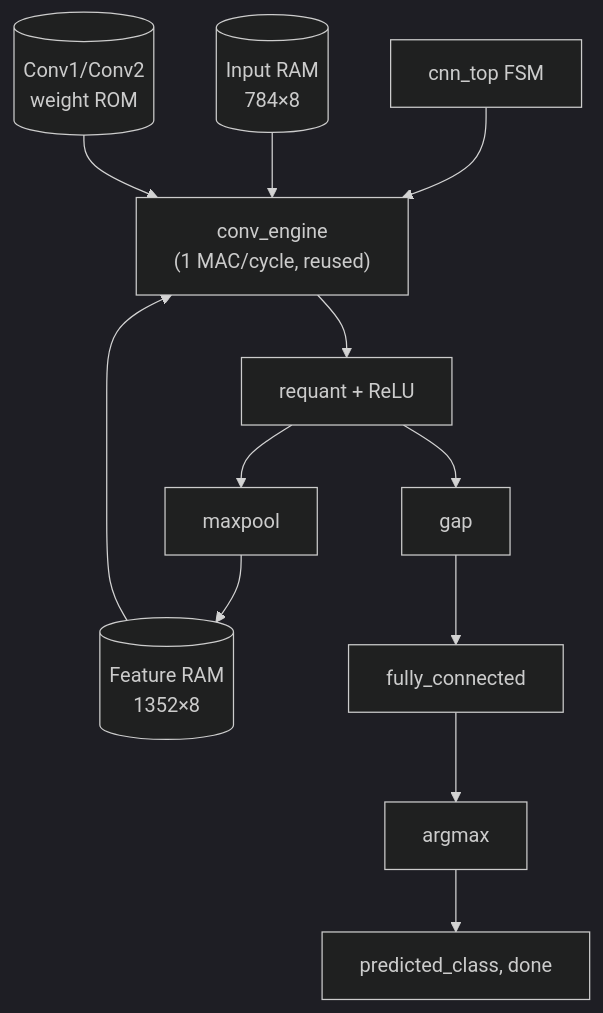
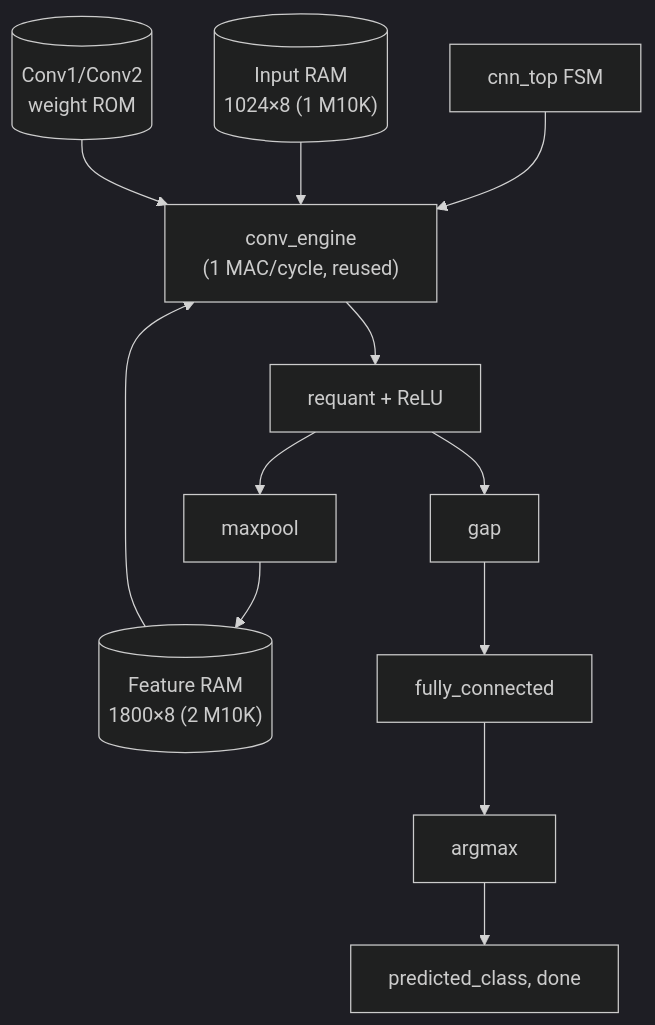
One commit to Neyozora/FPGA_MIDTERM_ERSHA_2027 changed the third of 3 diagrams in README.md. Above: the diagram before and after it, drawn with Mermaid (dark theme). The commit also changed other lines of this file and 17 other files, not shown here.

````diff
--- a/README.md
+++ b/README.md
@@ -239,10 +243,10 @@
 ```mermaid
 flowchart TB
     FSM["cnn_top FSM"] --> CE["conv_engine<br/>(1 MAC/cycle, reused)"]
-    IMG[("Input RAM<br/>784×8")] --> CE
+    IMG[("Input RAM<br/>1024×8 (1 M10K)")] --> CE
     W1[("Conv1/Conv2<br/>weight ROM")] --> CE
     CE --> RQ["requant + ReLU"] --> MP["maxpool"]
-    MP --> FM[("Feature RAM<br/>1352×8")] --> CE
+    MP --> FM[("Feature RAM<br/>1800×8 (2 M10K)")] --> CE
     RQ --> GAP["gap"] --> FC["fully_connected"] --> AM["argmax"]
     AM --> OUT["predicted_class, done"]
 ```
````
